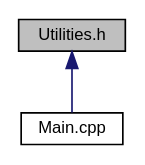
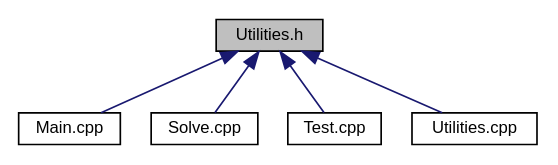
The diagram in docs/_utilities_8h__dep__incl.dot (dainbow/quadro), drawn with Graphviz before and after one commit. The commit also changed 40 other files, not shown here.

```diff
--- a/docs/_utilities_8h__dep__incl.dot
+++ b/docs/_utilities_8h__dep__incl.dot
@@ -1,9 +1,15 @@
 digraph "Utilities.h"
 {
  // LATEX_PDF_SIZE
   edge [fontname="Helvetica",fontsize="10",labelfontname="Helvetica",labelfontsize="10"];
   node [fontname="Helvetica",fontsize="10",shape=record];
   Node1 [label="Utilities.h",height=0.2,width=0.4,color="black", fillcolor="grey75", style="filled", fontcolor="black",tooltip=" "];
   Node1 -> Node2 [dir="back",color="midnightblue",fontsize="10",style="solid",fontname="Helvetica"];
   Node2 [label="Main.cpp",height=0.2,width=0.4,color="black", fillcolor="white", style="filled",URL="$_main_8cpp.html",tooltip=" "];
+  Node1 -> Node3 [dir="back",color="midnightblue",fontsize="10",style="solid",fontname="Helvetica"];
+  Node3 [label="Solve.cpp",height=0.2,width=0.4,color="black", fillcolor="white", style="filled",URL="$_solve_8cpp.html",tooltip=" "];
+  Node1 -> Node4 [dir="back",color="midnightblue",fontsize="10",style="solid",fontname="Helvetica"];
+  Node4 [label="Test.cpp",height=0.2,width=0.4,color="black", fillcolor="white", style="filled",URL="$_test_8cpp.html",tooltip=" "];
+  Node1 -> Node5 [dir="back",color="midnightblue",fontsize="10",style="solid",fontname="Helvetica"];
+  Node5 [label="Utilities.cpp",height=0.2,width=0.4,color="black", fillcolor="white", style="filled",URL="$_utilities_8cpp.html",tooltip=" "];
 }
```
